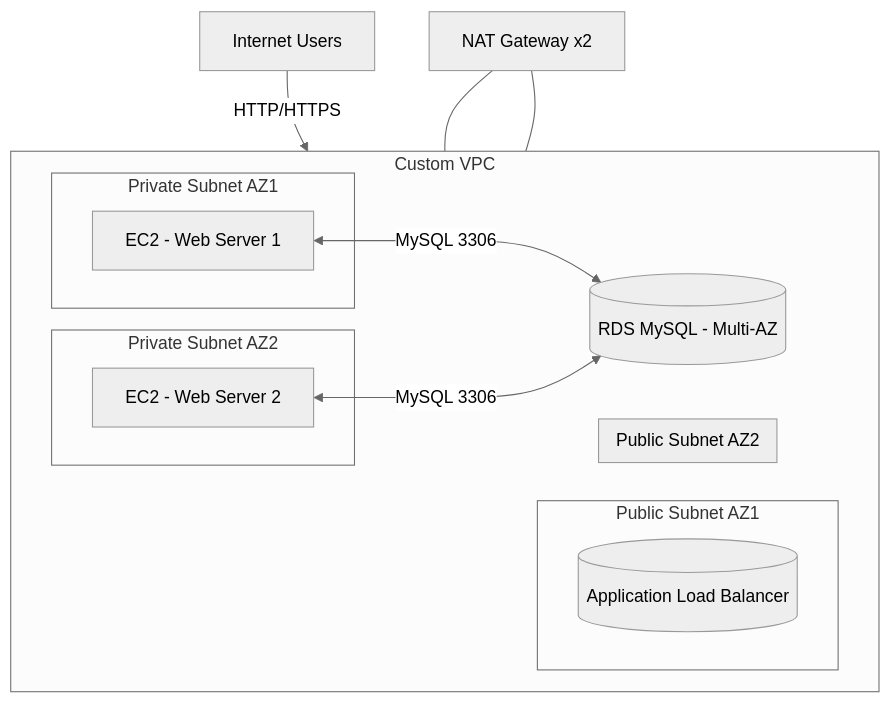
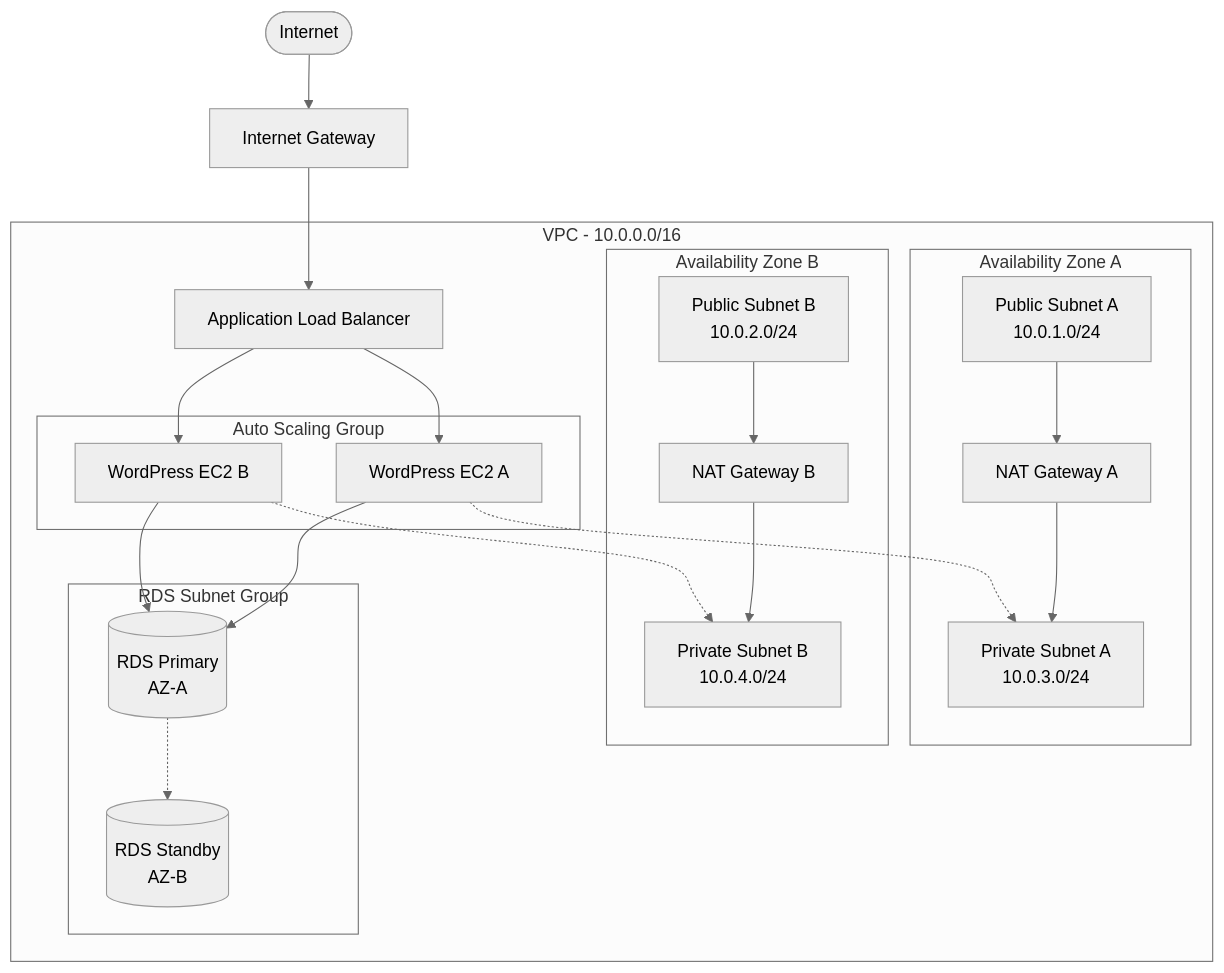
The diagram in 04-fault-tolerant-wordpress/README.md (ramishtaha/aws-solutions-architect-associate-projects), drawn with Mermaid (neutral theme) before and after one commit. The commit also changed other lines of this file and 12 other files, not shown here.

````diff
--- a/04-fault-tolerant-wordpress/README.md
+++ b/04-fault-tolerant-wordpress/README.md
@@ -19,26 +30,47 @@
 ```mermaid
-graph TD
-  A[Internet Users] -->|HTTP/HTTPS| B[(Application Load Balancer)]
-  subgraph VPC [Custom VPC]
-    direction LR
-    subgraph PublicAZ1 [Public Subnet AZ1]
-      B
+graph TB
+    Internet([Internet])
+    IGW[Internet Gateway]
+    
+    subgraph "VPC - 10.0.0.0/16"
+        subgraph "Availability Zone A"
+            PubSubA[Public Subnet A<br/>10.0.1.0/24]
+            PrivSubA[Private Subnet A<br/>10.0.3.0/24]
+            NATGWA[NAT Gateway A]
+        end
+        
+        subgraph "Availability Zone B"
+            PubSubB[Public Subnet B<br/>10.0.2.0/24]
+            PrivSubB[Private Subnet B<br/>10.0.4.0/24]
+            NATGWB[NAT Gateway B]
+        end
+        
+        ALB[Application Load Balancer]
+        
+        subgraph "Auto Scaling Group"
+            EC2A[WordPress EC2 A]
+            EC2B[WordPress EC2 B]
+        end
+        
+        subgraph "RDS Subnet Group"
+            RDSPrimary[(RDS Primary<br/>AZ-A)]
+            RDSStandby[(RDS Standby<br/>AZ-B)]
+        end
     end
-    subgraph PublicAZ2 [Public Subnet AZ2]
-      B
-    end
-
-    subgraph PrivateAZ1 [Private Subnet AZ1]
-      C1[EC2 - Web Server 1]
-    end
-    subgraph PrivateAZ2 [Private Subnet AZ2]
-      C2[EC2 - Web Server 2]
-    end
-
-    C1 <-->|MySQL 3306| D[(RDS MySQL - Multi-AZ)]
-    C2 <-->|MySQL 3306| D
-  end
-
-  E[NAT Gateway x2] --- C1
-  E --- C2
+    
+    Internet --> IGW
+    IGW --> ALB
+    ALB --> EC2A
+    ALB --> EC2B
+    EC2A --> RDSPrimary
+    EC2B --> RDSPrimary
+    RDSPrimary -.-> RDSStandby
+    
+    PubSubA --> NATGWA
+    PubSubB --> NATGWB
+    NATGWA --> PrivSubA
+    NATGWB --> PrivSubB
+    
+    EC2A -.-> PrivSubA
+    EC2B -.-> PrivSubB
 ```
````
